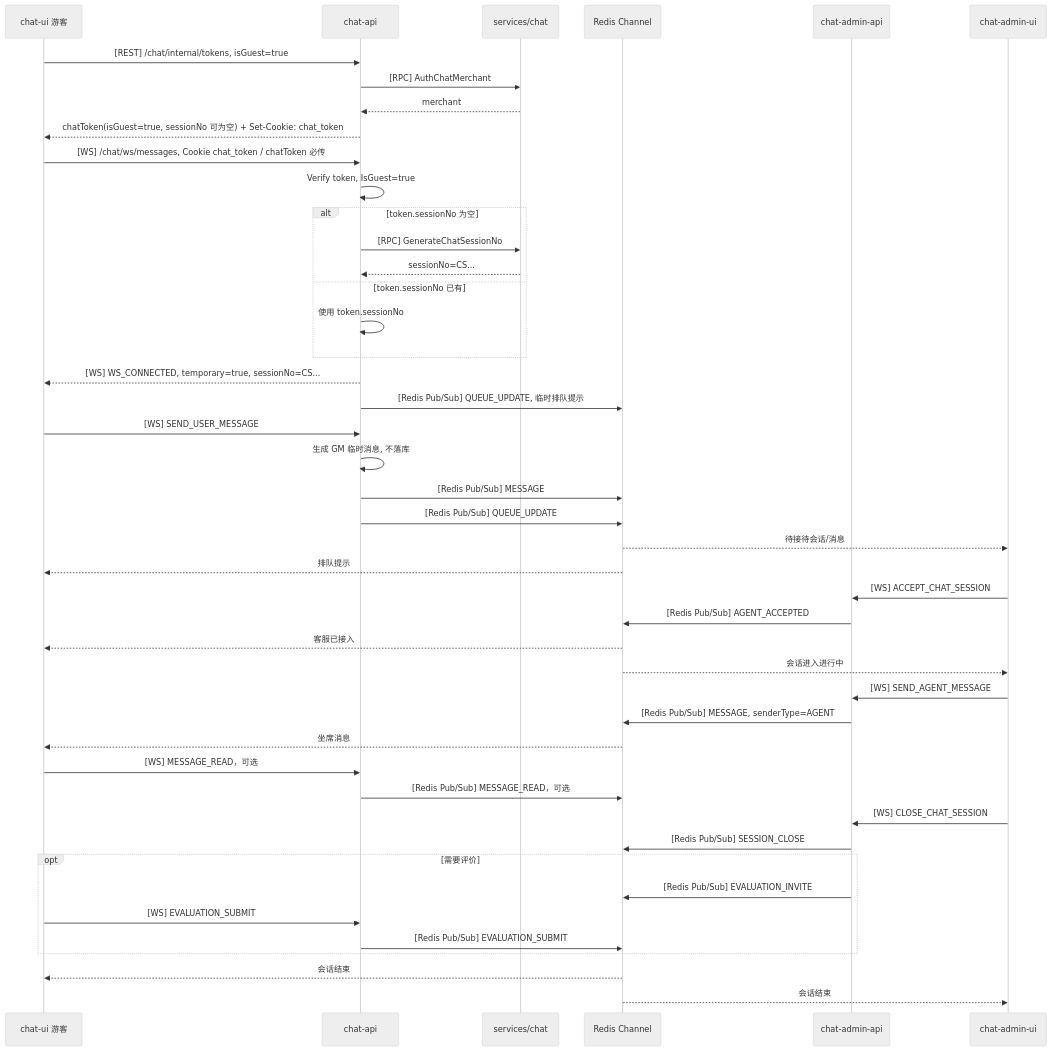
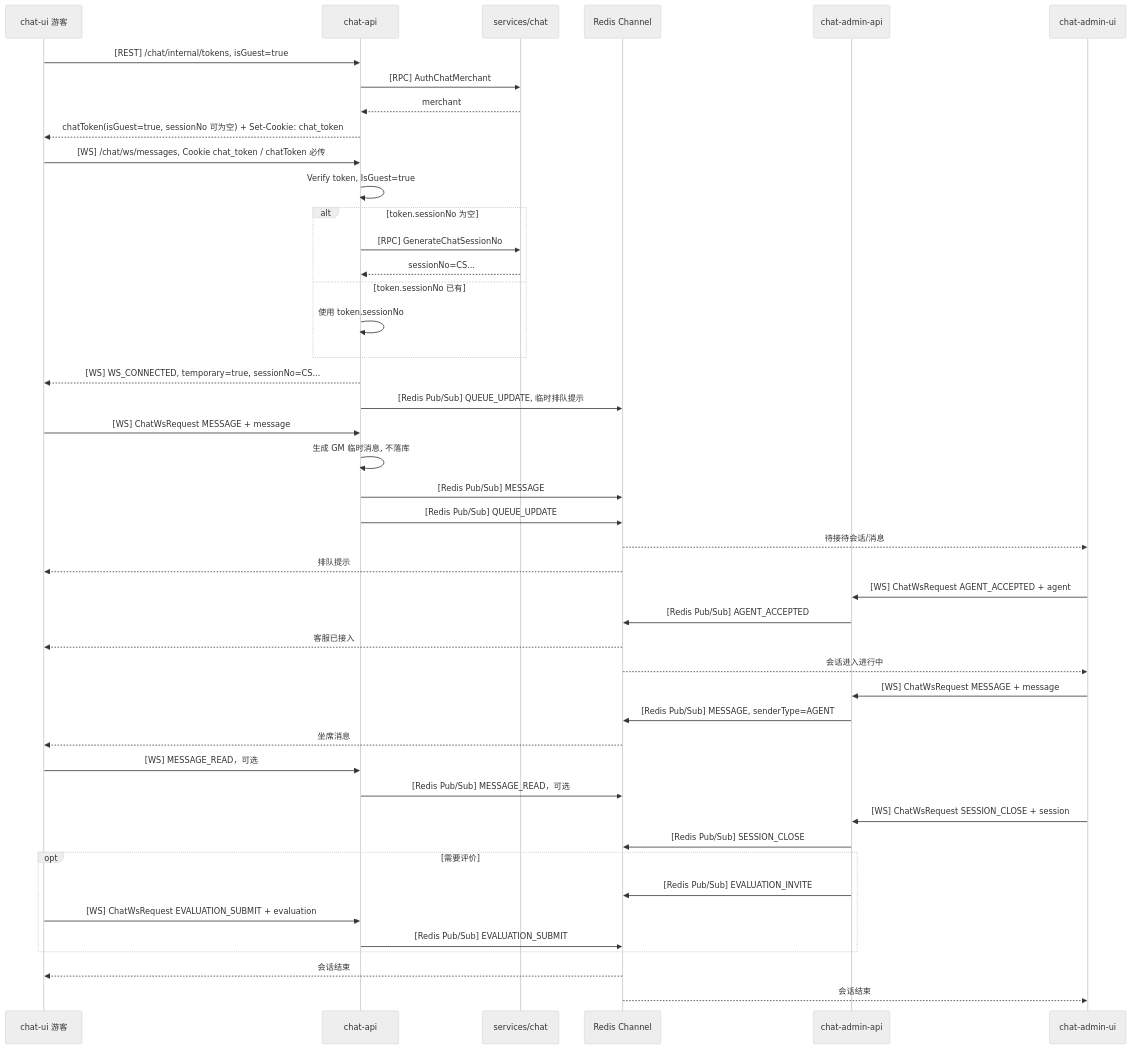
One commit to colbort/wklive changed the second of 4 diagrams in services/chat/CHAT_FLOW.md. Above: the diagram before and after it, drawn with Mermaid (neutral theme). The commit also changed other lines of this file and 19 other files, not shown here.

````diff
--- a/services/chat/CHAT_FLOW.md
+++ b/services/chat/CHAT_FLOW.md
@@ -114,48 +116,48 @@
 ```mermaid
 sequenceDiagram
     participant U as chat-ui 游客
     participant CA as chat-api
     participant RPC as services/chat
     participant BUS as Redis Channel
     participant AA as chat-admin-api
     participant AU as chat-admin-ui
 
     U->>CA: [REST] /chat/internal/tokens, isGuest=true
     CA->>RPC: [RPC] AuthChatMerchant
     RPC-->>CA: merchant
     CA-->>U: chatToken(isGuest=true, sessionNo 可为空) + Set-Cookie: chat_token
     U->>CA: [WS] /chat/ws/messages, Cookie chat_token / chatToken 必传
     CA->>CA: Verify token, IsGuest=true
     alt token.sessionNo 为空
         CA->>RPC: [RPC] GenerateChatSessionNo
         RPC-->>CA: sessionNo=CS...
     else token.sessionNo 已有
         CA->>CA: 使用 token.sessionNo
     end
     CA-->>U: [WS] WS_CONNECTED, temporary=true, sessionNo=CS...
     CA->>BUS: [Redis Pub/Sub] QUEUE_UPDATE, 临时排队提示
-    U->>CA: [WS] SEND_USER_MESSAGE
+    U->>CA: [WS] ChatWsRequest MESSAGE + message
     CA->>CA: 生成 GM 临时消息, 不落库
     CA->>BUS: [Redis Pub/Sub] MESSAGE
     CA->>BUS: [Redis Pub/Sub] QUEUE_UPDATE
     BUS-->>AU: 待接待会话/消息
     BUS-->>U: 排队提示
-    AU->>AA: [WS] ACCEPT_CHAT_SESSION
+    AU->>AA: [WS] ChatWsRequest AGENT_ACCEPTED + agent
     AA->>BUS: [Redis Pub/Sub] AGENT_ACCEPTED
     BUS-->>U: 客服已接入
     BUS-->>AU: 会话进入进行中
-    AU->>AA: [WS] SEND_AGENT_MESSAGE
+    AU->>AA: [WS] ChatWsRequest MESSAGE + message
     AA->>BUS: [Redis Pub/Sub] MESSAGE, senderType=AGENT
     BUS-->>U: 坐席消息
     U->>CA: [WS] MESSAGE_READ，可选
     CA->>BUS: [Redis Pub/Sub] MESSAGE_READ，可选
-    AU->>AA: [WS] CLOSE_CHAT_SESSION
+    AU->>AA: [WS] ChatWsRequest SESSION_CLOSE + session
     AA->>BUS: [Redis Pub/Sub] SESSION_CLOSE
     opt 需要评价
         AA->>BUS: [Redis Pub/Sub] EVALUATION_INVITE
-        U->>CA: [WS] EVALUATION_SUBMIT
+        U->>CA: [WS] ChatWsRequest EVALUATION_SUBMIT + evaluation
         CA->>BUS: [Redis Pub/Sub] EVALUATION_SUBMIT
     end
     BUS-->>U: 会话结束
     BUS-->>AU: 会话结束
 ```
````
